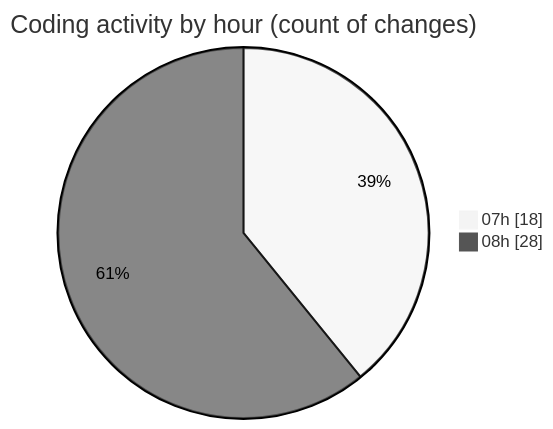
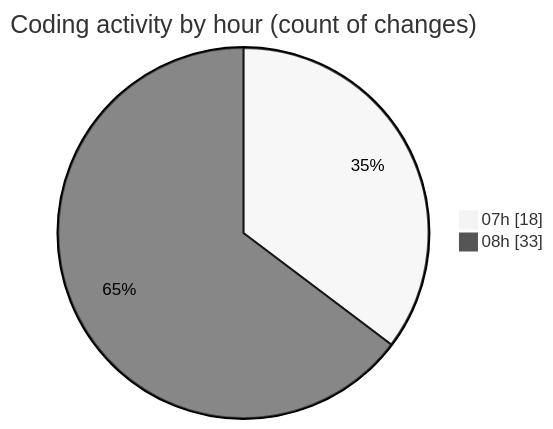
The second of 2 diagrams in 2025-02-03/mbc-web/README.md (robertbonfada/code-tracking), drawn with Mermaid (neutral theme) before and after one commit. The commit also changed other lines of this file and 1 other file, not shown here.

````diff
--- a/2025-02-03/mbc-web/README.md
+++ b/2025-02-03/mbc-web/README.md
@@ -36,6 +37,6 @@
 ```mermaid
 pie showData
 title Coding activity by hour (count of changes)
 "07h" : 18
-"08h" : 28
+"08h" : 33
 ```
````
